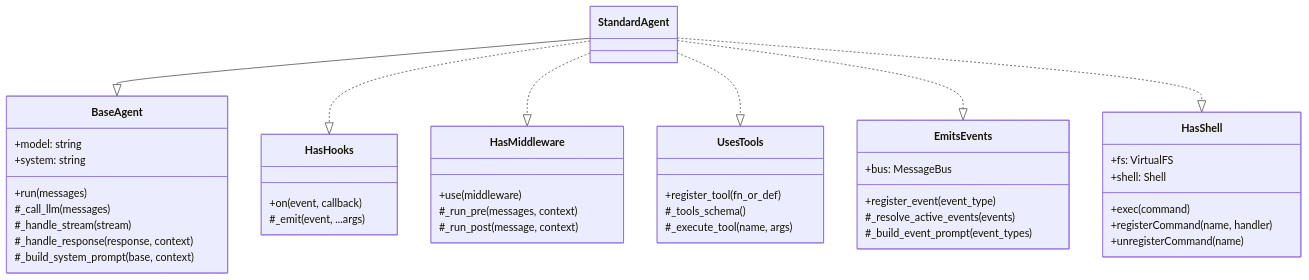
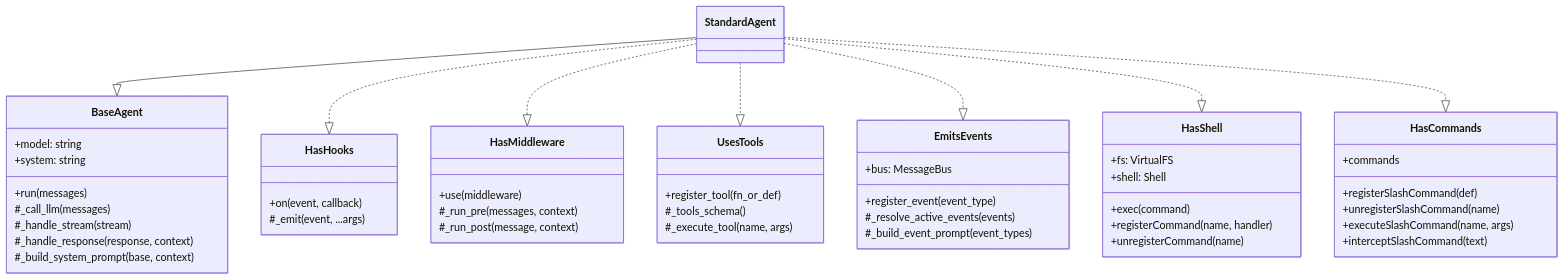
One commit to looksystems/playground-harness changed the first of 4 diagrams in docs/architecture.md. Above: the diagram before and after it, drawn with Mermaid. The commit also changed other lines of this file and 29 other files, not shown here.

First line of the commit message:
Add HasCommands mixin with slash commands (22 total hook events)

````diff
--- a/docs/architecture.md
+++ b/docs/architecture.md
@@ -13,46 +13,54 @@
 ```mermaid
 classDiagram
     class BaseAgent {
         +model: string
         +system: string
         +run(messages)
         #_call_llm(messages)
         #_handle_stream(stream)
         #_handle_response(response, context)
         #_build_system_prompt(base, context)
     }
     class HasHooks {
         +on(event, callback)
         #_emit(event, ...args)
     }
     class HasMiddleware {
         +use(middleware)
         #_run_pre(messages, context)
         #_run_post(message, context)
     }
     class UsesTools {
         +register_tool(fn_or_def)
         #_tools_schema()
         #_execute_tool(name, args)
     }
     class EmitsEvents {
         +register_event(event_type)
         +bus: MessageBus
         #_resolve_active_events(events)
         #_build_event_prompt(event_types)
     }
     class HasShell {
         +fs: VirtualFS
         +shell: Shell
         +exec(command)
         +registerCommand(name, handler)
         +unregisterCommand(name)
     }
+    class HasCommands {
+        +registerSlashCommand(def)
+        +unregisterSlashCommand(name)
+        +executeSlashCommand(name, args)
+        +interceptSlashCommand(text)
+        +commands
+    }
     class StandardAgent
     StandardAgent --|> BaseAgent
     StandardAgent ..|> HasHooks
     StandardAgent ..|> HasMiddleware
     StandardAgent ..|> UsesTools
     StandardAgent ..|> EmitsEvents
     StandardAgent ..|> HasShell
+    StandardAgent ..|> HasCommands
 ```
````
